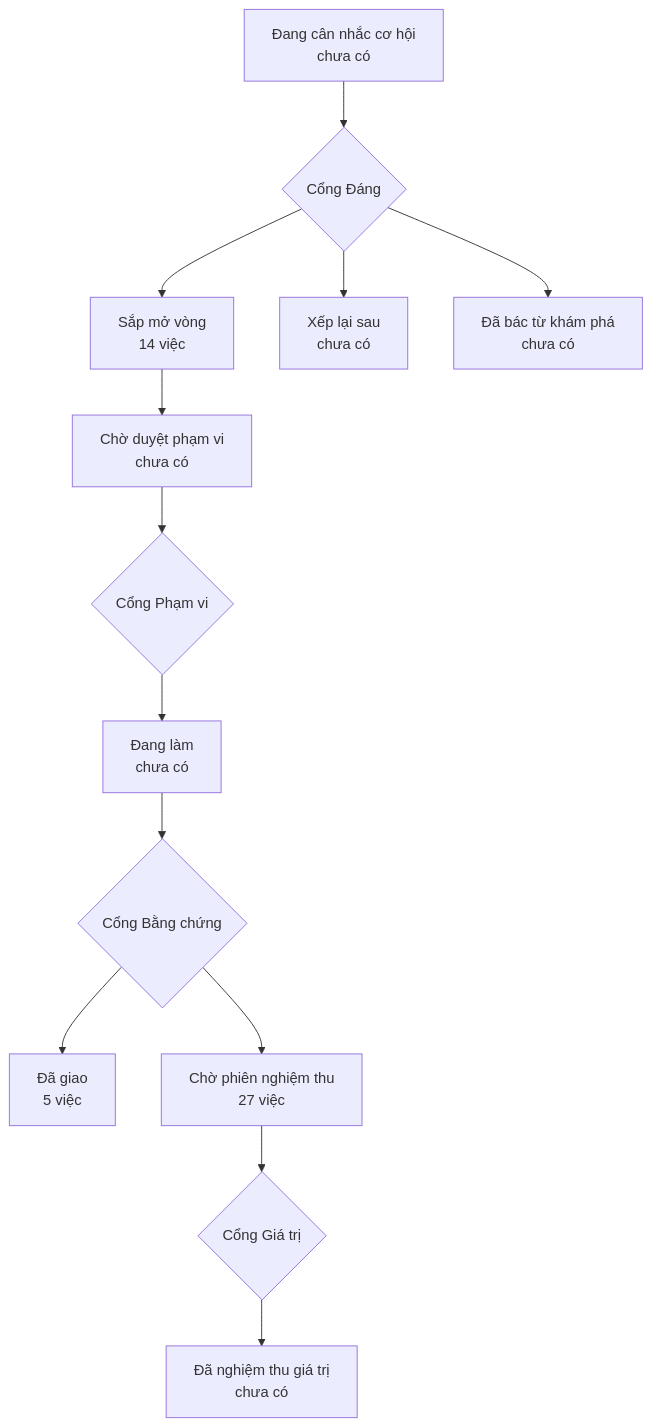
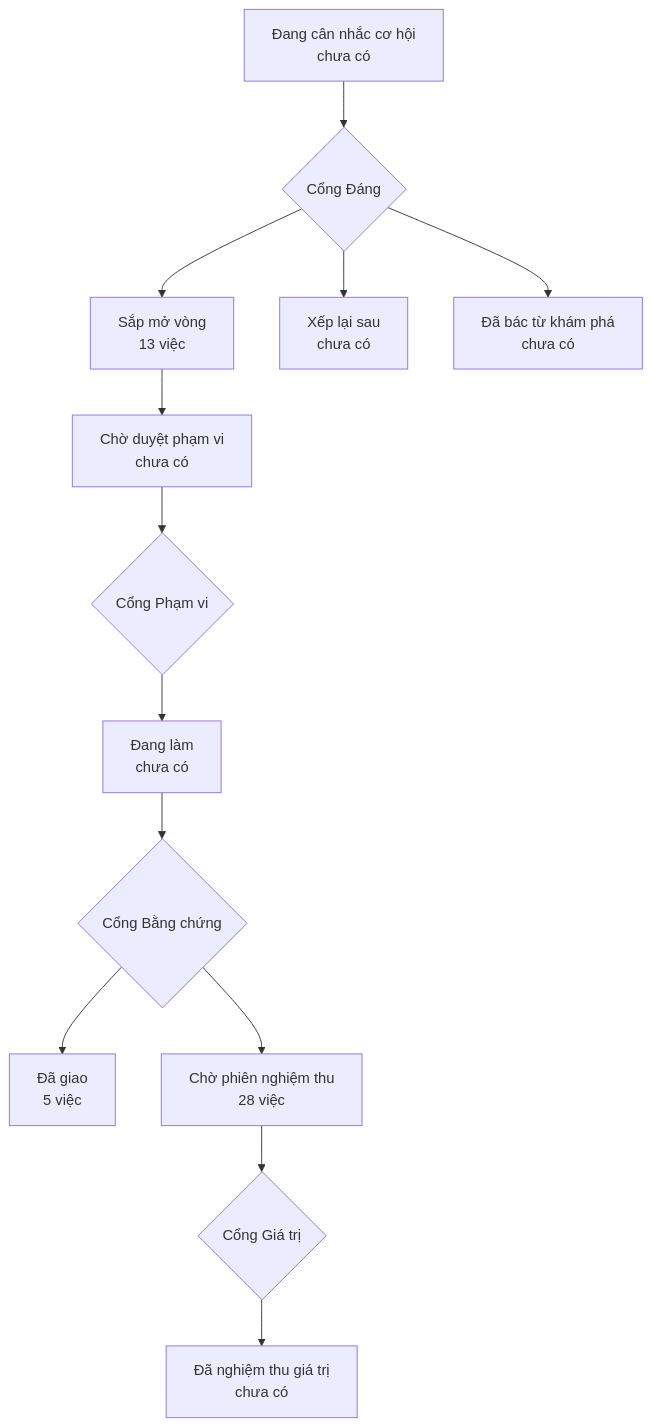
The diagram in PRODUCT-MAP.md (phanlemanh/onehub-quy-hang), drawn with Mermaid before and after one commit. The commit also changed 1 other file, not shown here.

Commit message:
chore: vẽ lại bản đồ sau gộp main

````diff
--- a/PRODUCT-MAP.md
+++ b/PRODUCT-MAP.md
@@ -7,12 +7,12 @@
 ```mermaid
 flowchart TD
   A["Đang cân nhắc cơ hội<br/>chưa có"] --> GD{"Cổng Đáng"}
-  GD --> B["Sắp mở vòng<br/>14 việc"]
+  GD --> B["Sắp mở vòng<br/>13 việc"]
   GD --> XL["Xếp lại sau<br/>chưa có"]
   GD --> DB["Đã bác từ khám phá<br/>chưa có"]
   B --> CD["Chờ duyệt phạm vi<br/>chưa có"] --> GP{"Cổng Phạm vi"}
   GP --> DL["Đang làm<br/>chưa có"] --> GB{"Cổng Bằng chứng"}
   GB --> DG["Đã giao<br/>5 việc"]
-  GB --> CN["Chờ phiên nghiệm thu<br/>27 việc"] --> GG{"Cổng Giá trị"}
+  GB --> CN["Chờ phiên nghiệm thu<br/>28 việc"] --> GG{"Cổng Giá trị"}
   GG --> NT["Đã nghiệm thu giá trị<br/>chưa có"]
 ```
````
